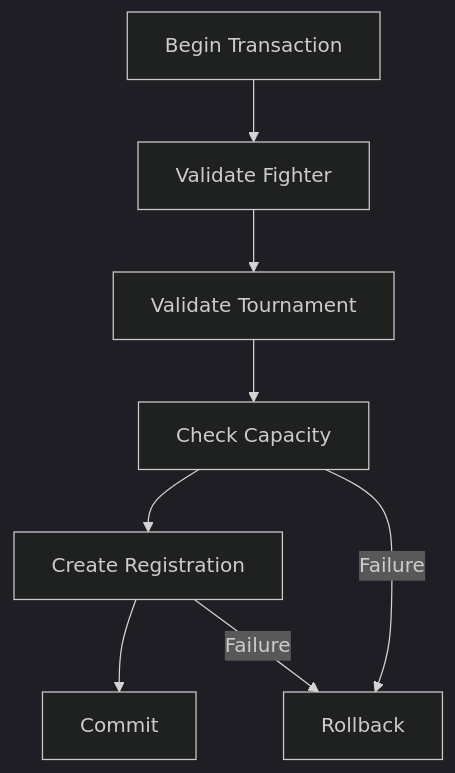
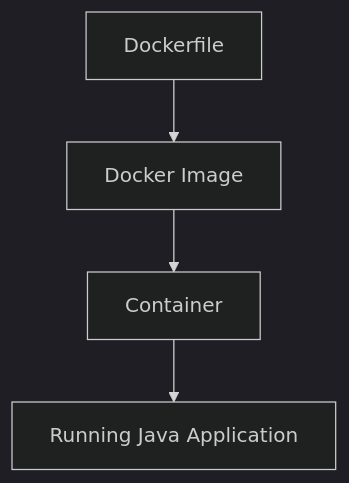
Before and after one commit to Oussama-Ait-Youss/JAVA---Roadmap-Cheat-Sheet-: the fourth of 6 diagrams in README.md, drawn with Mermaid (dark theme). The commit also changed other lines of this file, not shown here.

Commit message:
second version of the roadmap

````diff
--- a/README.md
+++ b/README.md
@@ -3804,10 +3811,6 @@
 ```mermaid
 flowchart TD
-    A[Begin Transaction] --> B[Validate Fighter]
-    B --> C[Validate Tournament]
-    C --> D[Check Capacity]
-    D --> E[Create Registration]
-    E --> F[Commit]
-    D -->|Failure| G[Rollback]
-    E -->|Failure| G
+    A[Dockerfile] --> B[Docker Image]
+    B --> C[Container]
+    C --> D[Running Java Application]
 ```
````
